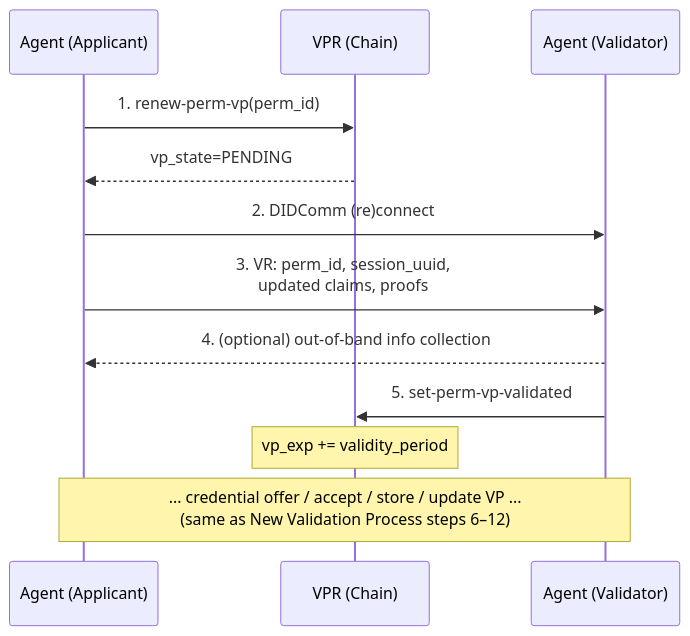
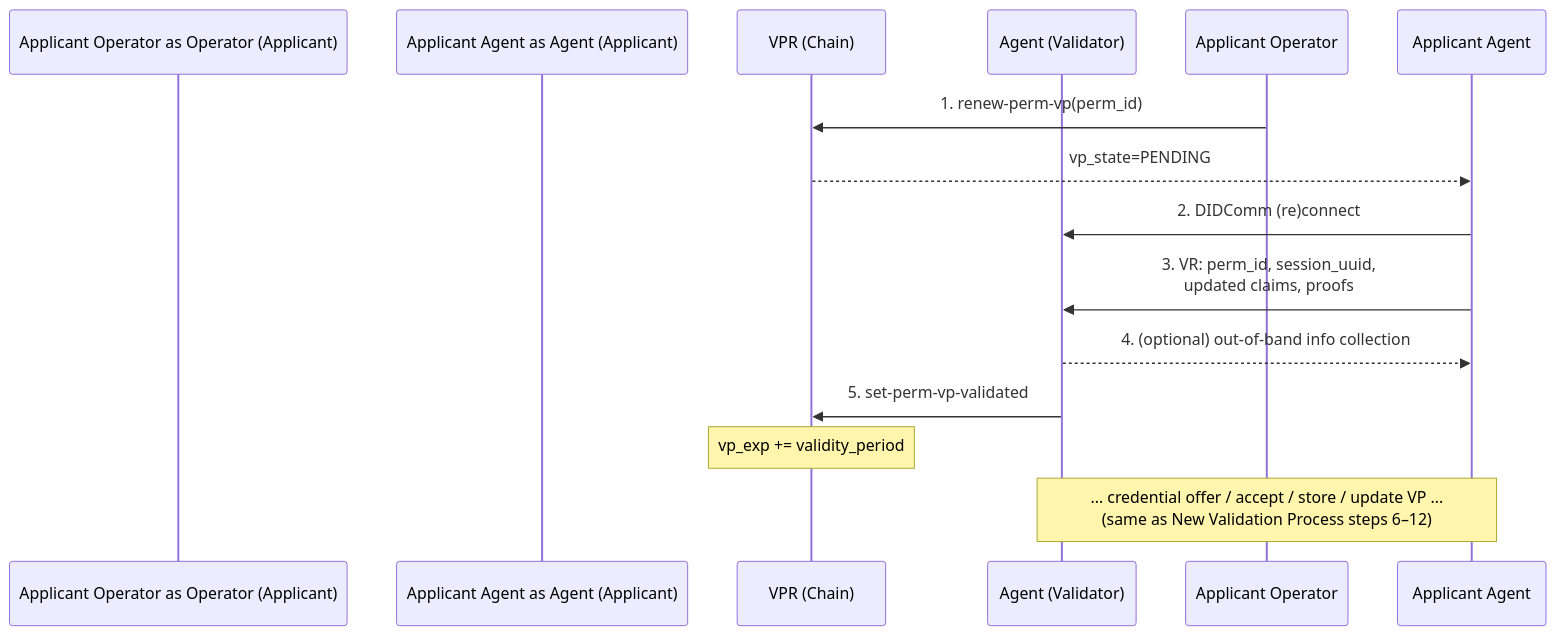
The fifth of 10 diagrams in v4/vs-agent/spec.md (verana-labs/verana-spec), drawn with Mermaid before and after one commit. The commit also changed other lines of this file, not shown here.

Commit message:
feat: updated flows

````diff
--- a/v4/vs-agent/spec.md
+++ b/v4/vs-agent/spec.md
@@ -392,16 +395,17 @@
 ```mermaid
 sequenceDiagram
-    participant Applicant as Agent (Applicant)
+    participant Applicant Operator as Operator (Applicant)
+    participant Applicant Agent as Agent (Applicant)
     participant VPR as VPR (Chain)
     participant Validator as Agent (Validator)
 
-    Applicant->>VPR: 1. renew-perm-vp(perm_id)
-    VPR-->>Applicant: vp_state=PENDING
-    Applicant->>Validator: 2. DIDComm (re)connect
-    Applicant->>Validator: 3. VR: perm_id, session_uuid,<br/>updated claims, proofs
-    Validator-->>Applicant: 4. (optional) out-of-band info collection
+    Applicant Operator->>VPR: 1. renew-perm-vp(perm_id)
+    VPR-->>Applicant Agent: vp_state=PENDING
+    Applicant Agent->>Validator: 2. DIDComm (re)connect
+    Applicant Agent->>Validator: 3. VR: perm_id, session_uuid,<br/>updated claims, proofs
+    Validator-->>Applicant Agent: 4. (optional) out-of-band info collection
     Validator->>VPR: 5. set-perm-vp-validated
     Note over VPR: vp_exp += validity_period
 
-    Note over Applicant,Validator: ... credential offer / accept / store / update VP ...<br/>(same as New Validation Process steps 6–12)
+    Note over Applicant Agent,Validator: ... credential offer / accept / store / update VP ...<br/>(same as New Validation Process steps 6–12)
 ```
````
